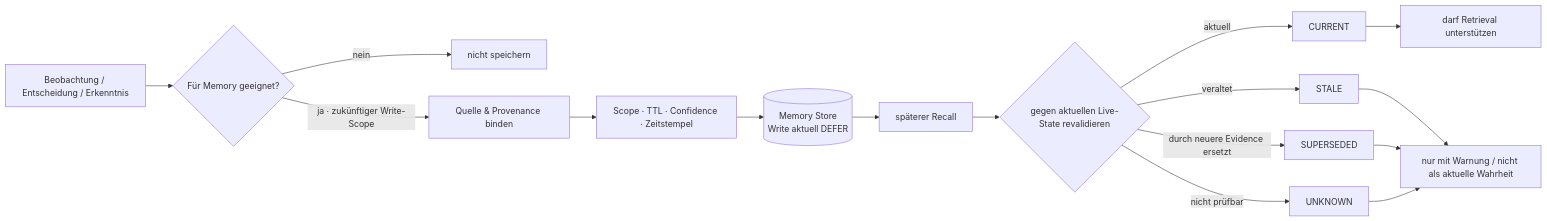
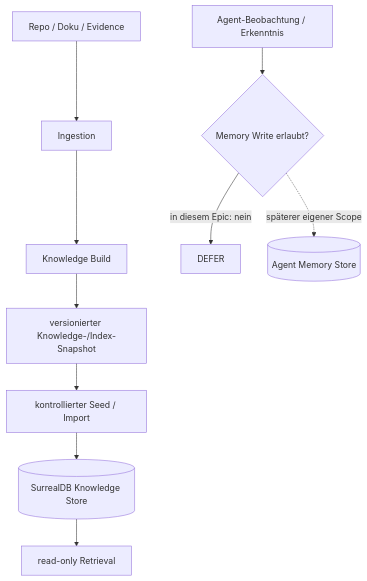
Before and after one commit to jannekbuengener/agent-brain: the fourth of 8 diagrams in docs/DATENFLUESSE.md, drawn with Mermaid. The commit also changed other lines of this file and 3 other files, not shown here.

First line of the commit message:
docs: adopt roadmap v2 and close planning gaps

````diff
--- a/docs/DATENFLUESSE.md
+++ b/docs/DATENFLUESSE.md
@@ -125,22 +122,13 @@
 ```mermaid
-flowchart LR
-    SRC["Beobachtung / Entscheidung / Erkenntnis"] --> GATE{"Für Memory geeignet?"}
+flowchart TB
+    SRC["Repo / Doku / Evidence"] --> ING["Ingestion"]
+    ING --> BUILD["Knowledge Build"]
+    BUILD --> SNAP["versionierter Knowledge-/Index-Snapshot"]
+    SNAP --> SEED["kontrollierter Seed / Import"]
+    SEED --> DB[("SurrealDB Knowledge Store")]
+    DB --> READ["read-only Retrieval"]
 
-    GATE -->|"nein"| DROP["nicht speichern"]
-    GATE -->|"ja · zukünftiger Write-Scope"| PROV["Quelle & Provenance binden"]
-    PROV --> META["Scope · TTL · Confidence · Zeitstempel"]
-    META --> STORE[("Memory Store\nWrite aktuell DEFER")]
-
-    STORE --> READ["späterer Recall"]
-    READ --> REVAL{"gegen aktuellen Live-State revalidieren"}
-
-    REVAL -->|"aktuell"| CURRENT["CURRENT"]
-    REVAL -->|"veraltet"| STALE["STALE"]
-    REVAL -->|"durch neuere Evidence ersetzt"| SUPER["SUPERSEDED"]
-    REVAL -->|"nicht prüfbar"| UNKNOWN["UNKNOWN"]
-
-    CURRENT --> RET["darf Retrieval unterstützen"]
-    STALE --> WARN["nur mit Warnung / nicht als aktuelle Wahrheit"]
-    SUPER --> WARN
-    UNKNOWN --> WARN
+    OBS["Agent-Beobachtung / Erkenntnis"] --> MGATE{"Memory Write erlaubt?"}
+    MGATE -->|"in diesem Epic: nein"| DEFER["DEFER"]
+    MGATE -.->|"späterer eigener Scope"| MSTORE[("Agent Memory Store")]
 ```
````
